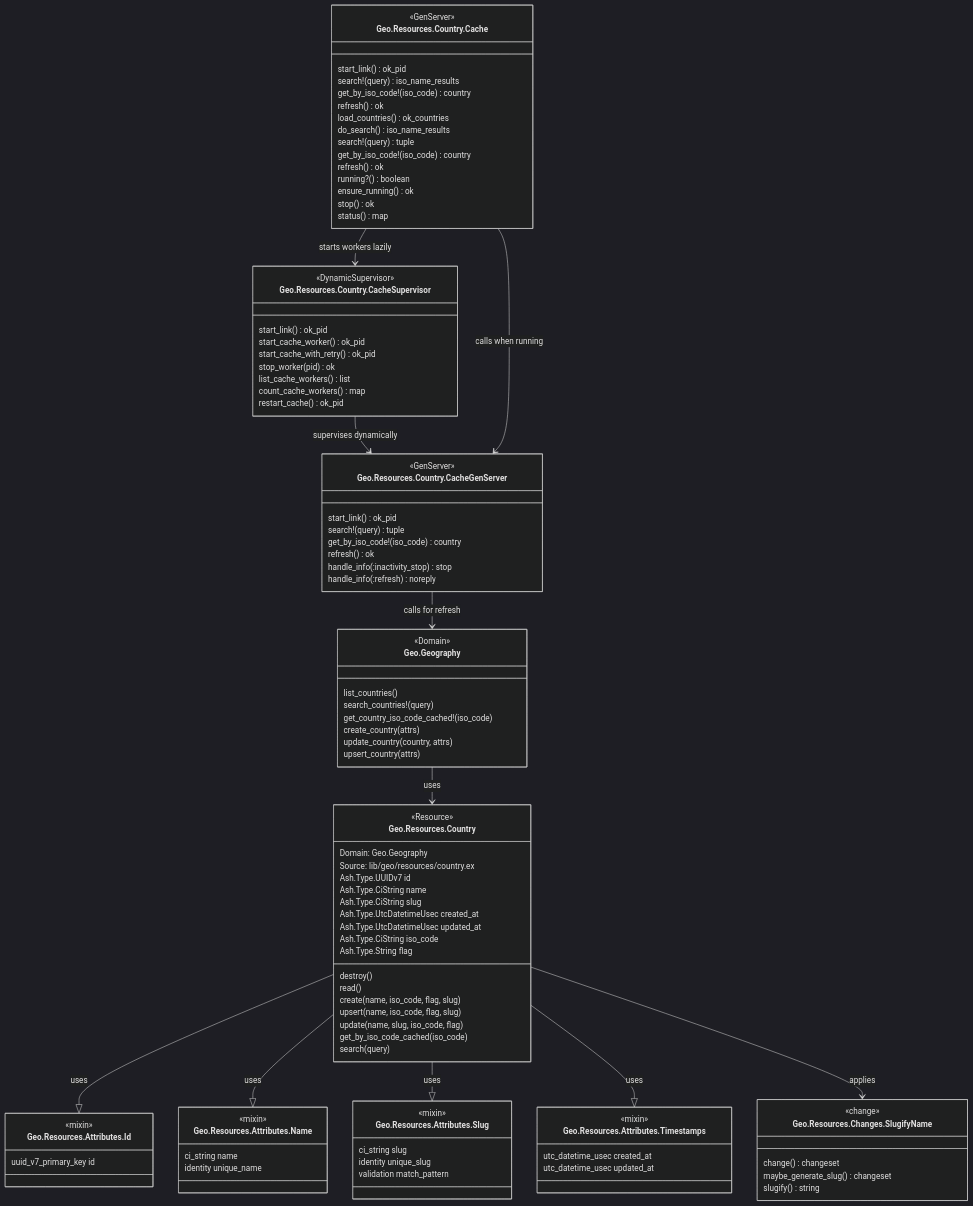
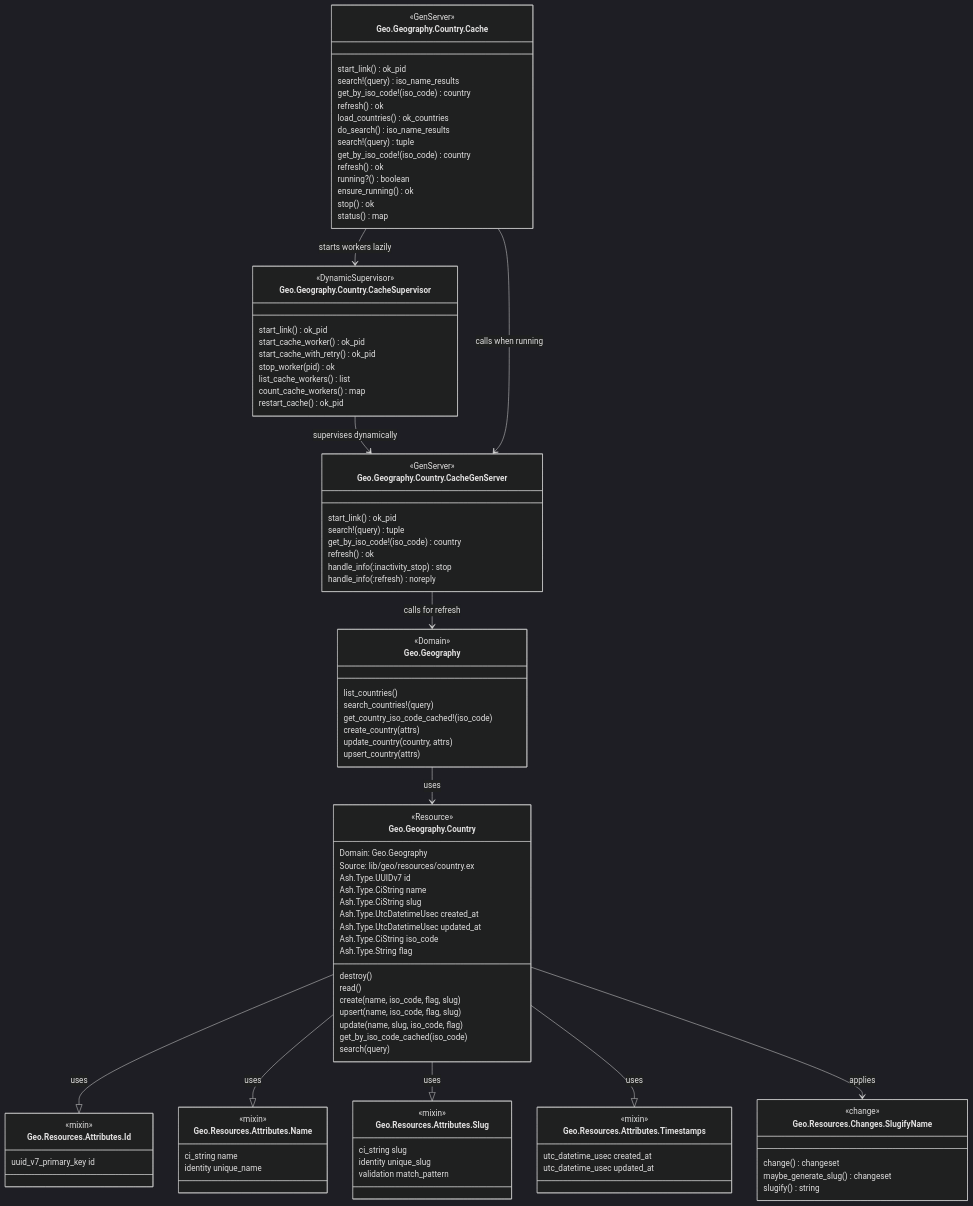
Before and after one commit to dev-guy/geo: the first of 6 diagrams in README.md, drawn with Mermaid (dark theme). The commit also changed other lines of this file and 10 other files, not shown here.

````diff
--- a/README.md
+++ b/README.md
@@ -144,7 +144,7 @@
         upsert_country(attrs)
     }
     
-    class Geo.Resources.Country {
+    class Geo.Geography.Country {
         <<Resource>>
         Domain: Geo.Geography
         Source: lib/geo/resources/country.ex
@@ -196,7 +196,7 @@
         slugify() string
     }
     
-    class Geo.Resources.Country.Cache {
+    class Geo.Geography.Country.Cache {
         <<GenServer>>
         start_link() ok_pid
         search!(query) iso_name_results
@@ -206,7 +206,7 @@
         do_search() iso_name_results
     }
     
-    class Geo.Resources.Country.CacheSupervisor {
+    class Geo.Geography.Country.CacheSupervisor {
         <<DynamicSupervisor>>
         start_link() ok_pid
         start_cache_worker() ok_pid
@@ -217,7 +217,7 @@
         restart_cache() ok_pid
     }
     
-    class Geo.Resources.Country.Cache {
+    class Geo.Geography.Country.Cache {
         <<Module>>
         search!(query) tuple
         get_by_iso_code!(iso_code) country
@@ -228,7 +228,7 @@
         status() map
     }
     
-    class Geo.Resources.Country.CacheGenServer {
+    class Geo.Geography.Country.CacheGenServer {
         <<GenServer>>
         start_link() ok_pid
         search!(query) tuple
@@ -238,14 +238,14 @@
         handle_info(:refresh) noreply
     }
     
-    Geo.Geography --> Geo.Resources.Country : uses
-    Geo.Resources.Country --|> Geo.Resources.Attributes.Id : uses
-    Geo.Resources.Country --|> Geo.Resources.Attributes.Name : uses
-    Geo.Resources.Country --|> Geo.Resources.Attributes.Slug : uses
-    Geo.Resources.Country --|> Geo.Resources.Attributes.Timestamps : uses
-    Geo.Resources.Country --> Geo.Resources.Changes.SlugifyName : applies
-    Geo.Resources.Country.CacheGenServer --> Geo.Geography : calls for refresh
-    Geo.Resources.Country.CacheSupervisor --> Geo.Resources.Country.CacheGenServer : supervises dynamically
-    Geo.Resources.Country.Cache --> Geo.Resources.Country.CacheSupervisor : starts workers lazily
-    Geo.Resources.Country.Cache --> Geo.Resources.Country.CacheGenServer : calls when running
+    Geo.Geography --> Geo.Geography.Country : uses
+    Geo.Geography.Country --|> Geo.Resources.Attributes.Id : uses
+    Geo.Geography.Country --|> Geo.Resources.Attributes.Name : uses
+    Geo.Geography.Country --|> Geo.Resources.Attributes.Slug : uses
+    Geo.Geography.Country --|> Geo.Resources.Attributes.Timestamps : uses
+    Geo.Geography.Country --> Geo.Resources.Changes.SlugifyName : applies
+    Geo.Geography.Country.CacheGenServer --> Geo.Geography : calls for refresh
+    Geo.Geography.Country.CacheSupervisor --> Geo.Geography.Country.CacheGenServer : supervises dynamically
+    Geo.Geography.Country.Cache --> Geo.Geography.Country.CacheSupervisor : starts workers lazily
+    Geo.Geography.Country.Cache --> Geo.Geography.Country.CacheGenServer : calls when running
 ```
````
